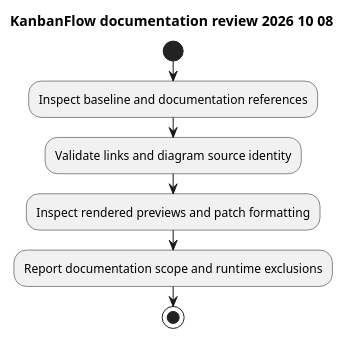
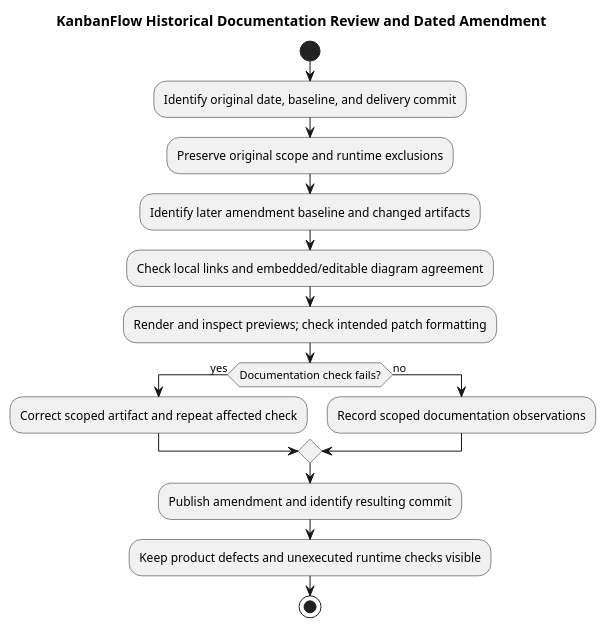
The diagram in docs/SDLC/06-testing/documentation-review-2026-10-08.md (Farhad-Valizadegan/Web-KanbanFlow), drawn with PlantUML before and after one commit. The commit also changed other lines of this file and 2 other files, not shown here.

Commit message:
docs: expand historical documentation review with dated follow-up

````diff
--- a/docs/SDLC/06-testing/documentation-review-2026-10-08.md
+++ b/docs/SDLC/06-testing/documentation-review-2026-10-08.md
@@ -34,11 +86,19 @@
 ```plantuml
 @startuml
-title KanbanFlow documentation review 2026 10 08
+title KanbanFlow Historical Documentation Review and Dated Amendment
 start
-:Inspect baseline and documentation references;
-:Validate links and diagram source identity;
-:Inspect rendered previews and patch formatting;
-:Report documentation scope and runtime exclusions;
+:Identify original date, baseline, and delivery commit;
+:Preserve original scope and runtime exclusions;
+:Identify later amendment baseline and changed artifacts;
+:Check local links and embedded/editable diagram agreement;
+:Render and inspect previews; check intended patch formatting;
+if (Documentation check fails?) then (yes)
+ :Correct scoped artifact and repeat affected check;
+else (no)
+ :Record scoped documentation observations;
+endif
+:Publish amendment and identify resulting commit;
+:Keep product defects and unexecuted runtime checks visible;
 stop
 @enduml
 ```
````
